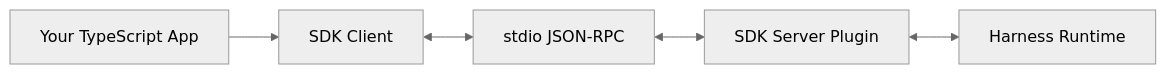
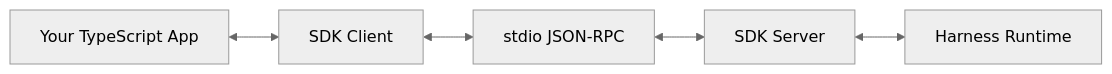
One commit to indigofeather/harness-book changed the second of 3 diagrams in docs/deepseek/integration-surfaces.md. Above: the diagram before and after it, drawn with Mermaid (neutral theme). The commit also changed other lines of this file and 48 other files, not shown here.

````diff
--- a/docs/deepseek/integration-surfaces.md
+++ b/docs/deepseek/integration-surfaces.md
@@ -96,7 +74,7 @@
 ```mermaid
 flowchart LR
-  APP[Your TypeScript App] --> C[SDK Client]
+  APP[Your TypeScript App] <--> C[SDK Client]
   C <--> P[stdio JSON-RPC]
-  P <--> S[SDK Server Plugin]
-  S <--> H[Harness Runtime]
+  P <--> S[SDK Server]
+  S <--> R[Harness Runtime]
 ```
````
